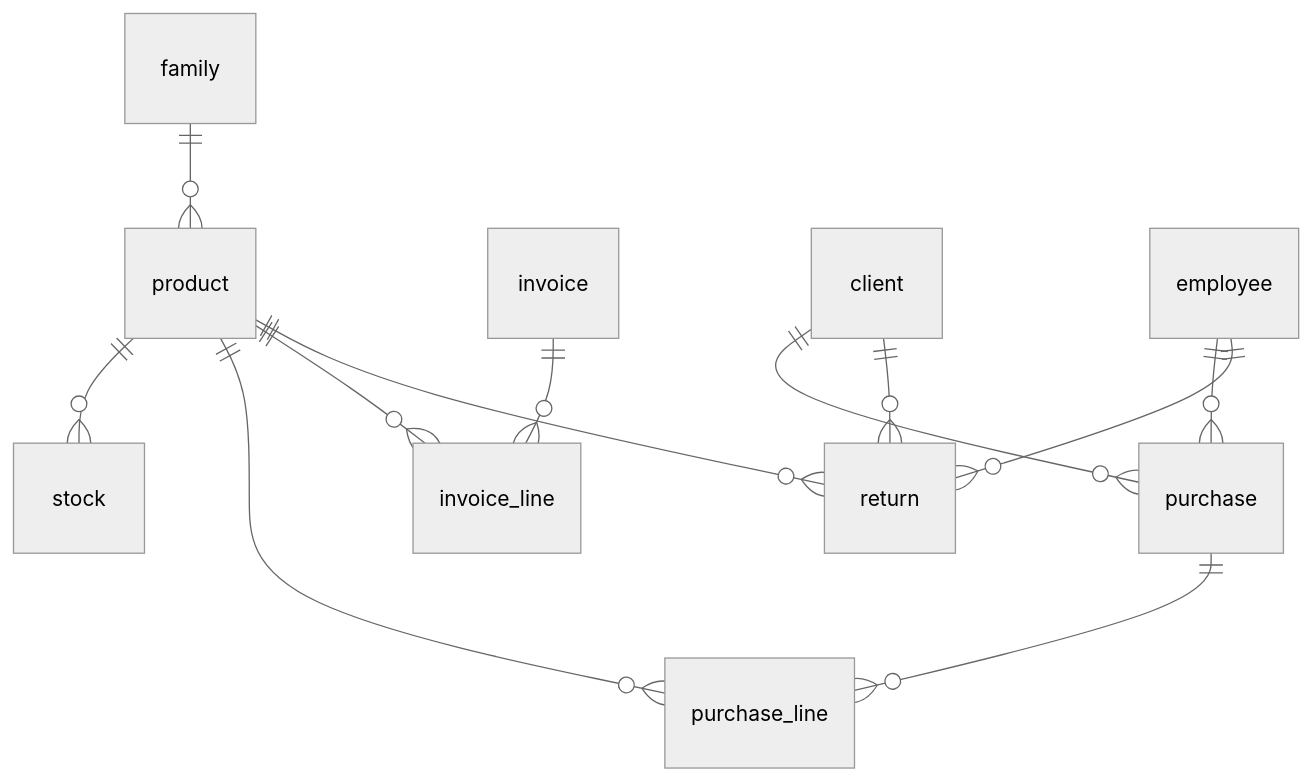
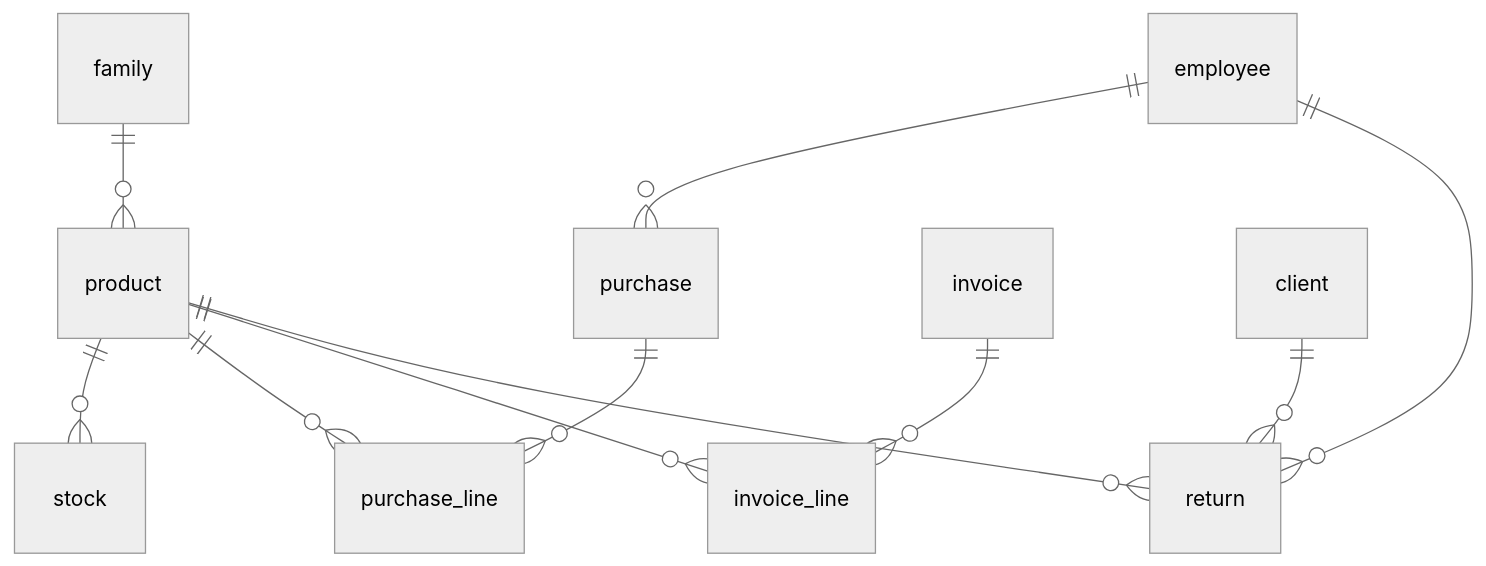
The first of 2 diagrams in 04_Architecture/01_Database/04_Data_Dictionary/03_Module3.md (bulletproof20/MiaCaoMigo_Engineering), drawn with Mermaid (neutral theme) before and after one commit. The commit also changed other lines of this file and 74 other files, not shown here.

````diff
--- a/04_Architecture/01_Database/04_Data_Dictionary/03_Module3.md
+++ b/04_Architecture/01_Database/04_Data_Dictionary/03_Module3.md
@@ -27,14 +36,13 @@
 ```mermaid
 erDiagram
     family ||--o{ product : ""
     product ||--o{ stock : ""
     product ||--o{ purchase_line : ""
     product ||--o{ invoice_line : ""
     product ||--o{ return : ""
     purchase ||--o{ purchase_line : ""
     invoice ||--o{ invoice_line : ""
-    client ||--o{ purchase : ""
-    client ||--o{ return : ""
     employee ||--o{ purchase : ""
     employee ||--o{ return : ""
+    client ||--o{ return : ""
 ```
````
